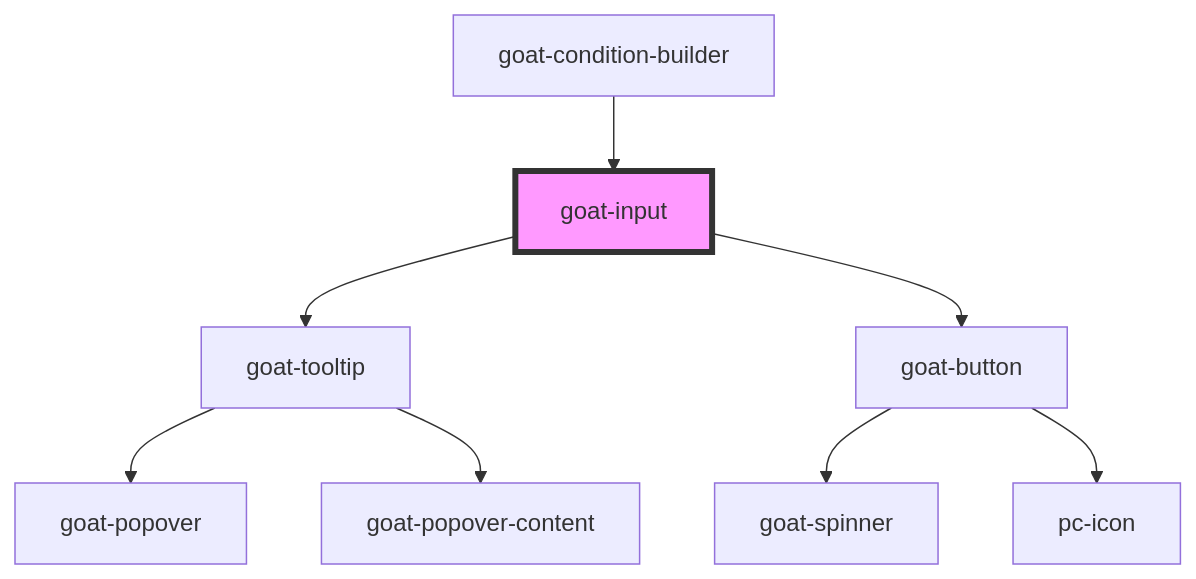
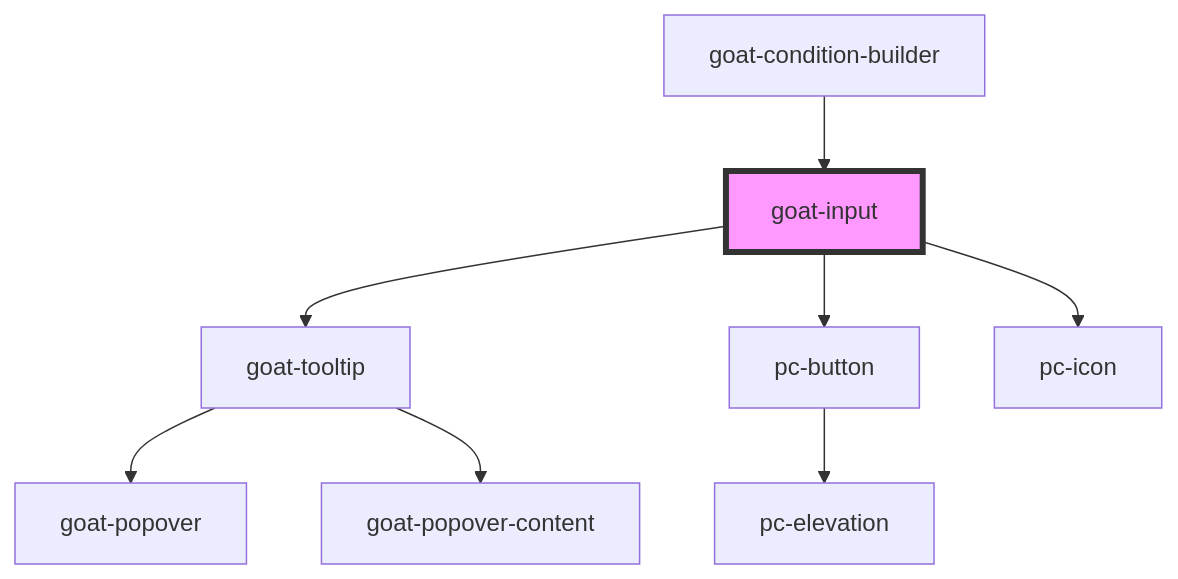
The diagram in src/components/input-controls/input/input/readme.md (redvars/peacock), drawn with Mermaid before and after one commit. The commit also changed other lines of this file and 280 other files, not shown here.

````diff
--- a/src/components/input-controls/input/input/readme.md
+++ b/src/components/input-controls/input/input/readme.md
@@ -90,11 +91,11 @@
 ```mermaid
 graph TD;
   goat-input --> goat-tooltip
-  goat-input --> goat-button
+  goat-input --> pc-button
+  goat-input --> pc-icon
   goat-tooltip --> goat-popover
   goat-tooltip --> goat-popover-content
-  goat-button --> goat-spinner
-  goat-button --> pc-icon
+  pc-button --> pc-elevation
   goat-condition-builder --> goat-input
   style goat-input fill:#f9f,stroke:#333,stroke-width:4px
 ```
````
